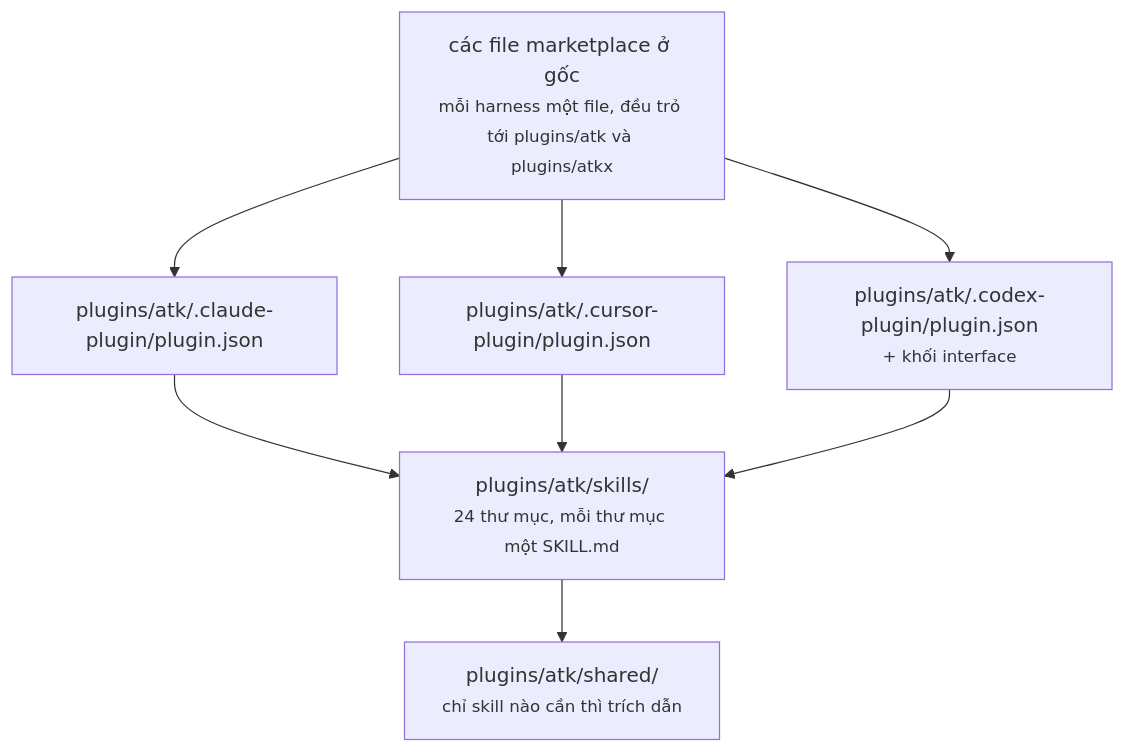
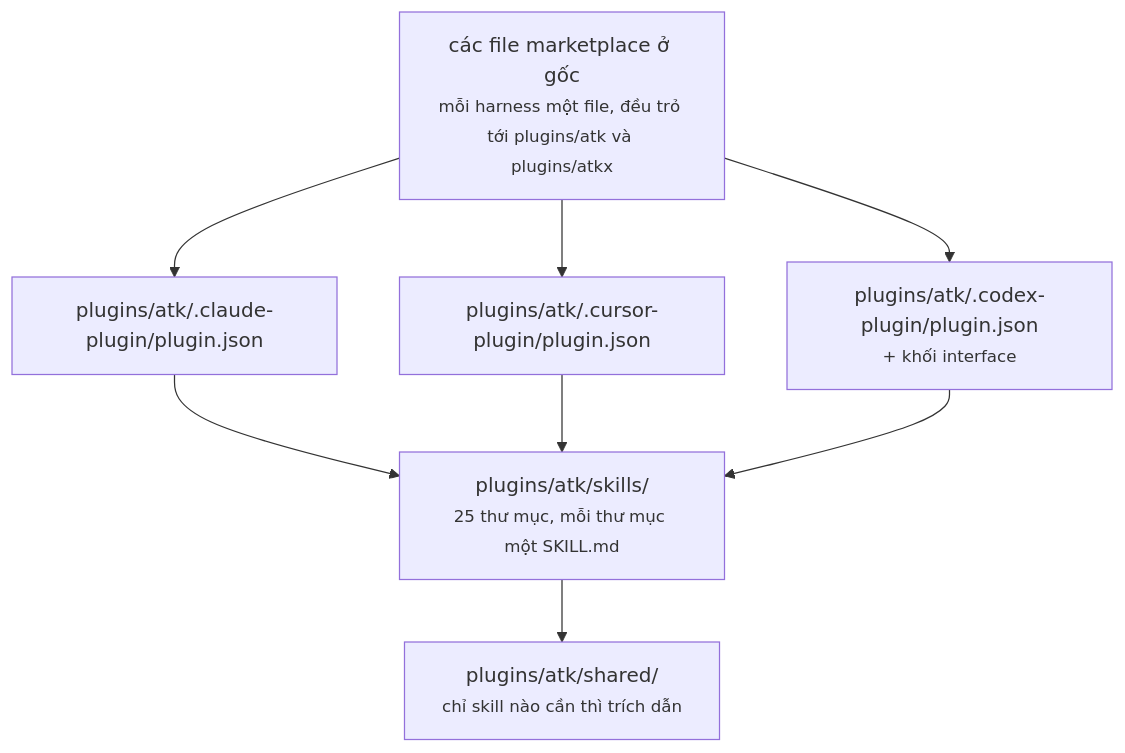
One commit to lamngockhuong/aiteamkit changed the first of 2 diagrams in docs/vi/system-architecture.md. Above: the diagram before and after it, drawn with Mermaid. The commit also changed other lines of this file and 49 other files, not shown here.

````diff
--- a/docs/vi/system-architecture.md
+++ b/docs/vi/system-architecture.md
@@ -62,10 +62,10 @@
 ```mermaid
 flowchart TD
     MK["các file marketplace ở gốc<br/><small>mỗi harness một file, đều trỏ tới plugins/atk và plugins/atkx</small>"] --> CP
     MK --> UP
     MK --> XP
-    CP["plugins/atk/.claude-plugin/plugin.json"] --> SK["plugins/atk/skills/<br/><small>24 thư mục, mỗi thư mục một SKILL.md</small>"]
+    CP["plugins/atk/.claude-plugin/plugin.json"] --> SK["plugins/atk/skills/<br/><small>25 thư mục, mỗi thư mục một SKILL.md</small>"]
     UP["plugins/atk/.cursor-plugin/plugin.json"] --> SK
     XP["plugins/atk/.codex-plugin/plugin.json<br/><small>+ khối interface</small>"] --> SK
     SK --> SH["plugins/atk/shared/<br/><small>chỉ skill nào cần thì trích dẫn</small>"]
 ```
````
